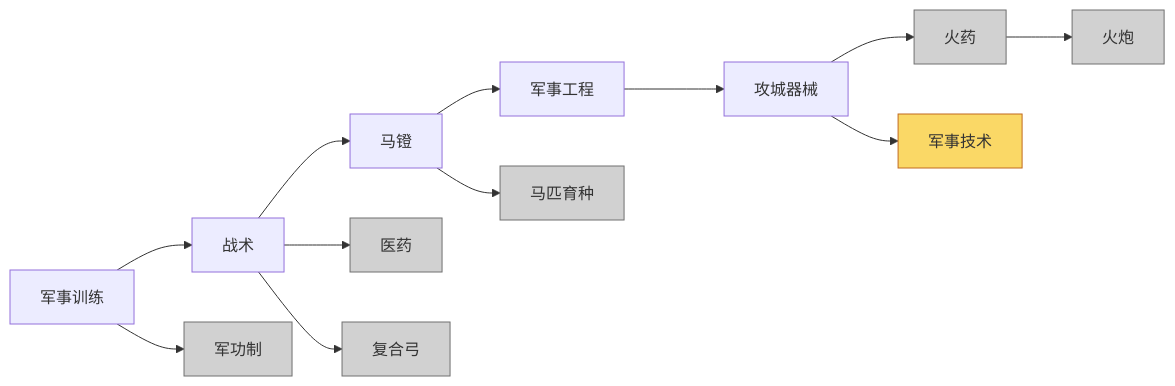
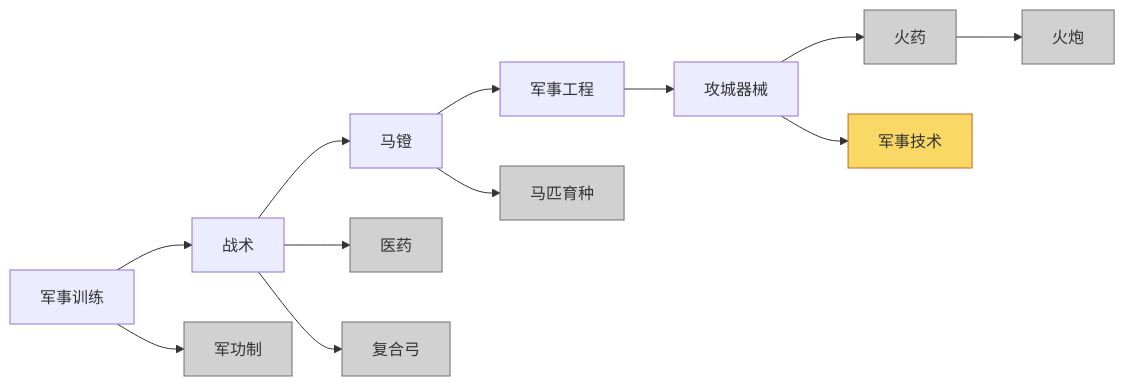
The eighth of 12 diagrams in 设计文档/建筑1.md (HkingAuditore/ToyEmpiresDocuments), drawn with Mermaid before and after one commit. The commit also changed other lines of this file and 1 other file, not shown here.

````diff
--- a/设计文档/建筑1.md
+++ b/设计文档/建筑1.md
@@ -514,15 +514,15 @@
     ``` mermaid
     flowchart LR
         jsxl[军事训练] --> zs[战术];
         jsxl --> jgz[军功制]:::notmain;
         zs --> md[马镫];
         zs --> yy[医药]:::notmain;
         zs --> fhg[复合弓]:::notmain;
-        md --> jsgc[军事工程] ---> gcqx[攻城器械];
+        md --> jsgc[军事工程] --> gcqx[攻城器械];
         md --> mpyz[马匹育种]:::notmain;
         gcqx --> hy[火药]:::notmain --> hp[火炮]:::notmain;
         gcqx --> jsjs[军事技术]:::target;
 
     classDef notmain fill:#d1d1d1, stroke:#707070;
     classDef target fill:#fad866, stroke:#c16b1f;
     ```
````
